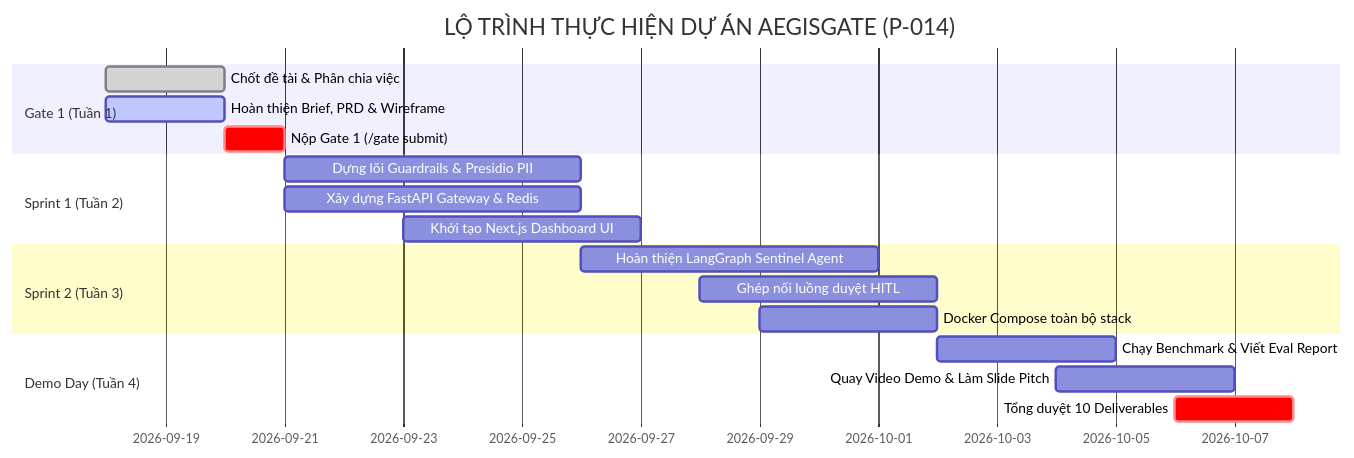
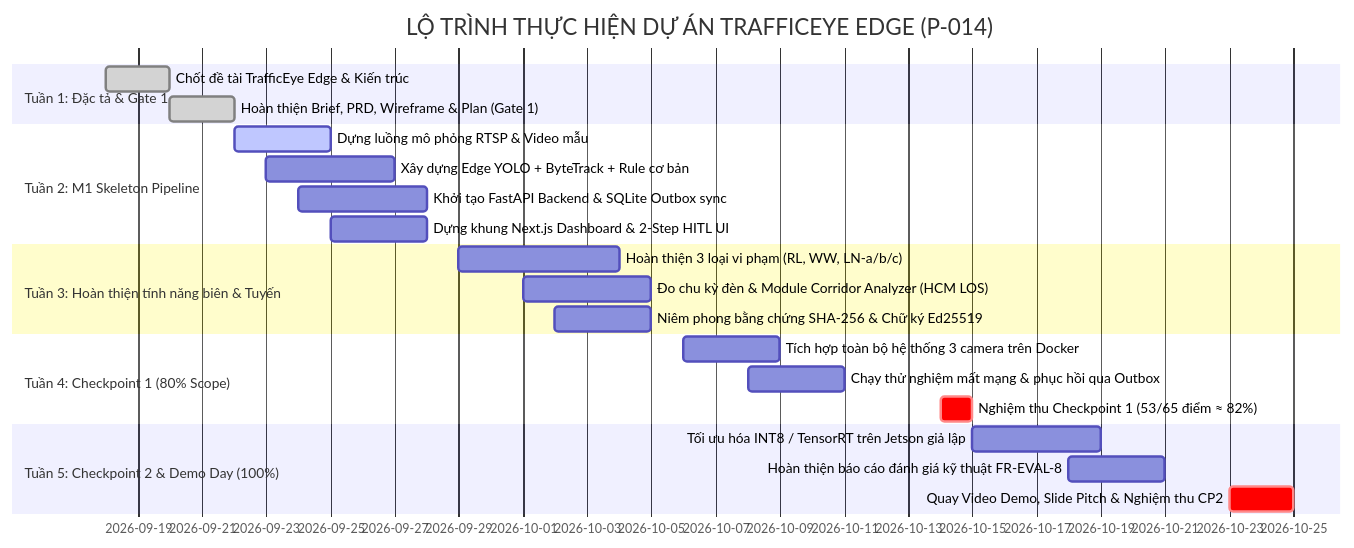
The diagram in docs/gate1/team-roles-and-plan.md (NguyenTuan-UET/roadwatch_copilot), drawn with Mermaid before and after one commit. The commit also changed other lines of this file and 3 other files, not shown here.

Commit message:
docs(gate1): update Gate 1 deliverables to TrafficEye Edge specifications

````diff
--- a/docs/gate1/team-roles-and-plan.md
+++ b/docs/gate1/team-roles-and-plan.md
@@ -21,21 +21,25 @@
 ```mermaid
 gantt
-    title LỘ TRÌNH THỰC HIỆN DỰ ÁN AEGISGATE (P-014)
+    title LỘ TRÌNH THỰC HIỆN DỰ ÁN TRAFFICEYE EDGE (P-014)
     dateFormat  YYYY-MM-DD
-    section Gate 1 (Tuần 1)
-    Chốt đề tài & Phân chia việc        :done, 2026-09-18, 2d
-    Hoàn thiện Brief, PRD & Wireframe    :active, 2026-09-18, 2d
-    Nộp Gate 1 (/gate submit)           :crit, 2026-09-20, 1d
-    section Sprint 1 (Tuần 2)
-    Dựng lõi Guardrails & Presidio PII   :2026-09-21, 5d
-    Xây dựng FastAPI Gateway & Redis     :2026-09-21, 5d
-    Khởi tạo Next.js Dashboard UI       :2026-09-23, 4d
-    section Sprint 2 (Tuần 3)
-    Hoàn thiện LangGraph Sentinel Agent :2026-09-26, 5d
-    Ghép nối luồng duyệt HITL           :2026-09-28, 4d
-    Docker Compose toàn bộ stack        :2026-09-29, 3d
-    section Demo Day (Tuần 4)
-    Chạy Benchmark & Viết Eval Report   :2026-10-02, 3d
-    Quay Video Demo & Làm Slide Pitch   :2026-10-04, 3d
-    Tổng duyệt 10 Deliverables          :crit, 2026-10-06, 2d
+    section Tuần 1: Đặc tả & Gate 1
+    Chốt đề tài TrafficEye Edge & Kiến trúc           :done, 2026-09-18, 2d
+    Hoàn thiện Brief, PRD, Wireframe & Plan (Gate 1)   :done, 2026-09-20, 2d
+    section Tuần 2: M1 Skeleton Pipeline
+    Dựng luồng mô phỏng RTSP & Video mẫu               :active, 2026-09-22, 3d
+    Xây dựng Edge YOLO + ByteTrack + Rule cơ bản       :2026-09-23, 4d
+    Khởi tạo FastAPI Backend & SQLite Outbox sync      :2026-09-24, 4d
+    Dựng khung Next.js Dashboard & 2-Step HITL UI      :2026-09-25, 3d
+    section Tuần 3: Hoàn thiện tính năng biên & Tuyến
+    Hoàn thiện 3 loại vi phạm (RL, WW, LN-a/b/c)       :2026-09-29, 5d
+    Đo chu kỳ đèn & Module Corridor Analyzer (HCM LOS) :2026-10-01, 4d
+    Niêm phong bằng chứng SHA-256 & Chữ ký Ed25519     :2026-10-02, 3d
+    section Tuần 4: Checkpoint 1 (80% Scope)
+    Tích hợp toàn bộ hệ thống 3 camera trên Docker     :2026-10-06, 3d
+    Chạy thử nghiệm mất mạng & phục hồi qua Outbox    :2026-10-08, 3d
+    Nghiệm thu Checkpoint 1 (53/65 điểm ≈ 82%)         :crit, 2026-10-14, 1d
+    section Tuần 5: Checkpoint 2 & Demo Day (100%)
+    Tối ưu hóa INT8 / TensorRT trên Jetson giả lập     :2026-10-15, 4d
+    Hoàn thiện báo cáo đánh giá kỹ thuật FR-EVAL-8     :2026-10-18, 3d
+    Quay Video Demo, Slide Pitch & Nghiệm thu CP2      :crit, 2026-10-23, 2d
 ```
````
